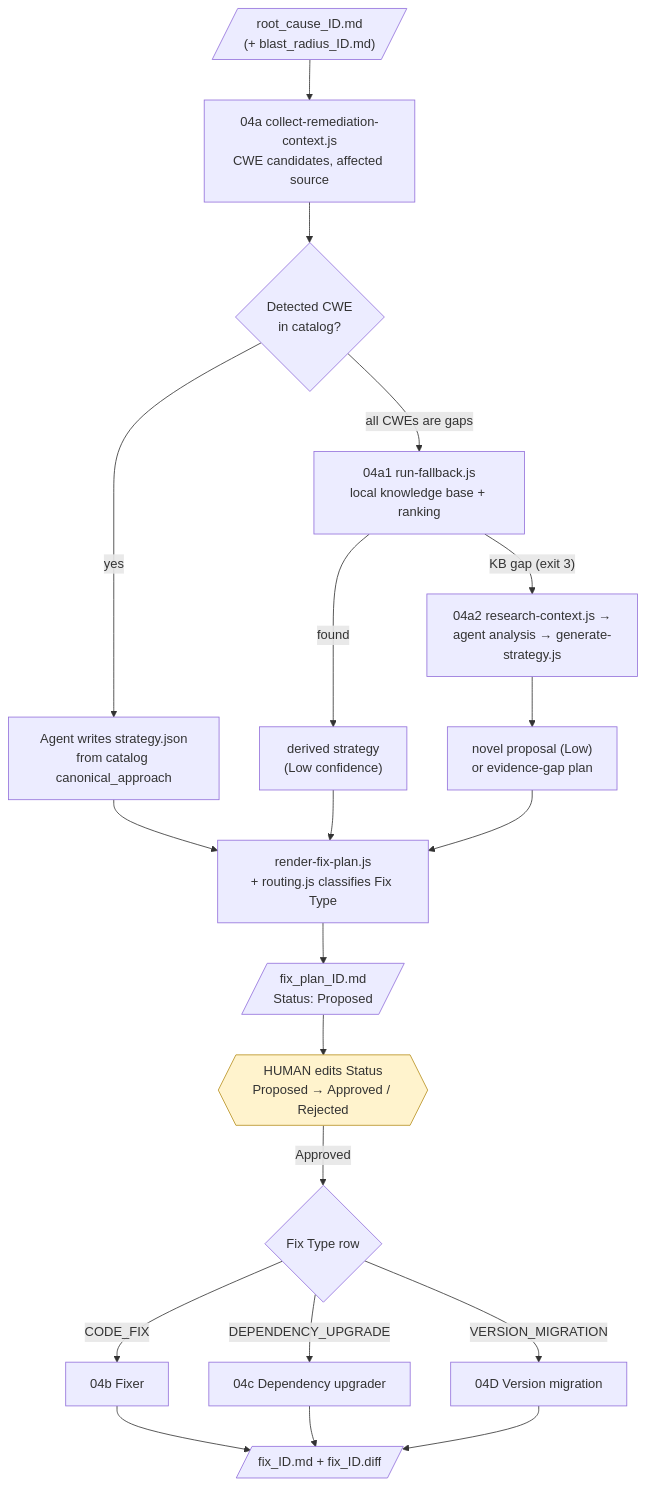
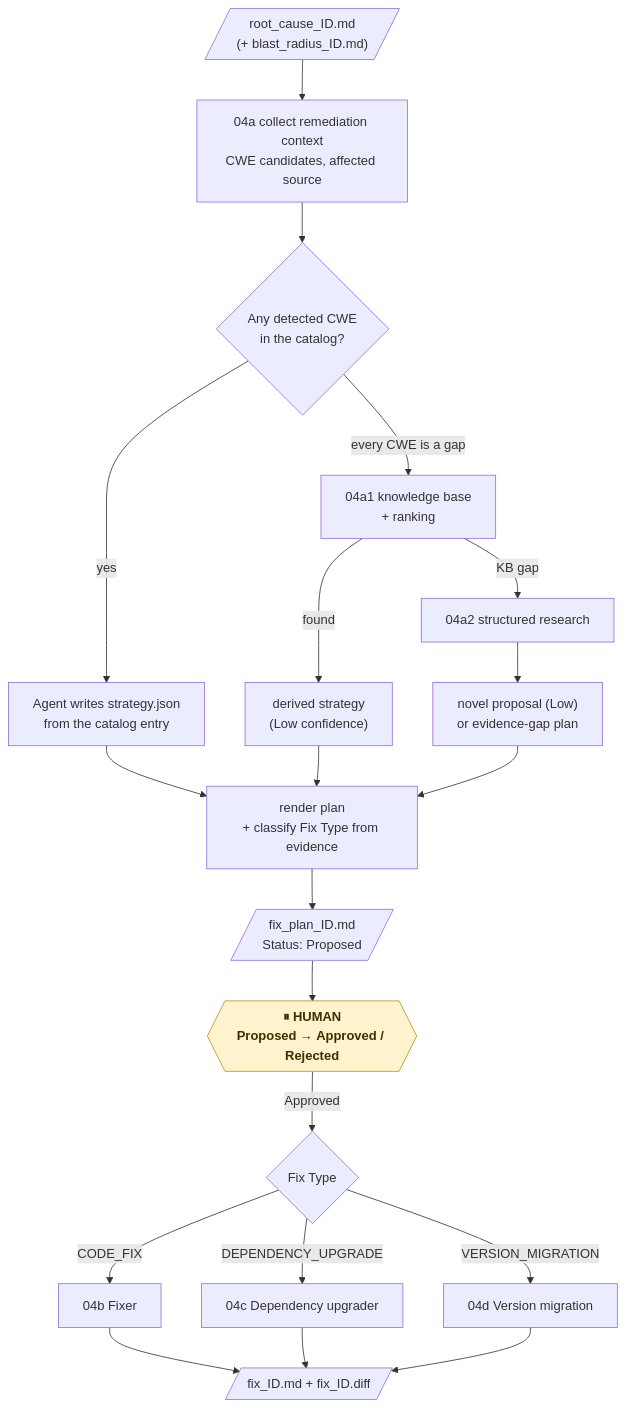
Diagram 17 of 31 in README.md (KrishnaAnnavaram/MARS), drawn with Mermaid before and after one commit. The commit also changed other lines of this file, not shown here.

First line of the commit message:
Rewrite the README as a full agent-and-skill handbook

````diff
--- a/README.md
+++ b/README.md
@@ -486,24 +969,25 @@
 ```mermaid
 flowchart TD
-    RC[/"root_cause_ID.md<br/>(+ blast_radius_ID.md)"/] --> CC["04a collect-remediation-context.js<br/>CWE candidates, affected source"]
-    CC --> Q{"Detected CWE<br/>in catalog?"}
-    Q -->|yes| ST["Agent writes strategy.json<br/>from catalog canonical_approach"]
-    Q -->|"all CWEs are gaps"| KB["04a1 run-fallback.js<br/>local knowledge base + ranking"]
-    KB -->|"found"| ST2["derived strategy<br/>(Low confidence)"]
-    KB -->|"KB gap (exit 3)"| RS["04a2 research-context.js →<br/>agent analysis → generate-strategy.js"]
+    RC[/"root_cause_ID.md<br/>(+ blast_radius_ID.md)"/] --> CC["04a collect remediation context<br/>CWE candidates, affected source"]
+    CC --> Q{"Any detected CWE<br/>in the catalog?"}
+    Q -->|yes| ST["Agent writes strategy.json<br/>from the catalog entry"]
+    Q -->|"every CWE is a gap"| KB["04a1 knowledge base<br/>+ ranking"]
+    KB -->|found| ST2["derived strategy<br/>(Low confidence)"]
+    KB -->|"KB gap"| RS["04a2 structured research"]
     RS --> ST3["novel proposal (Low)<br/>or evidence-gap plan"]
-    ST --> REN["render-fix-plan.js<br/>+ routing.js classifies Fix Type"]
+    ST --> REN["render plan<br/>+ classify Fix Type from evidence"]
     ST2 --> REN
     ST3 --> REN
     REN --> PLAN[/"fix_plan_ID.md<br/>Status: Proposed"/]
-    PLAN --> H{{"HUMAN edits Status<br/>Proposed → Approved / Rejected"}}
-    H -->|Approved| RT{"Fix Type row"}
+    PLAN --> H{{"⏸ HUMAN<br/>Proposed → Approved / Rejected"}}
+    H -->|Approved| RT{"Fix Type"}
     RT -->|CODE_FIX| B["04b Fixer"]
     RT -->|DEPENDENCY_UPGRADE| C["04c Dependency upgrader"]
-    RT -->|VERSION_MIGRATION| D["04D Version migration"]
+    RT -->|VERSION_MIGRATION| D["04d Version migration"]
     B --> FX[/"fix_ID.md + fix_ID.diff"/]
     C --> FX
     D --> FX
-    classDef human fill:#fff3cd,stroke:#b8901f
+
+    classDef human fill:#fff3cd,stroke:#b8901f,color:#3d2f00,font-weight:bold
     class H human
 ```
````
